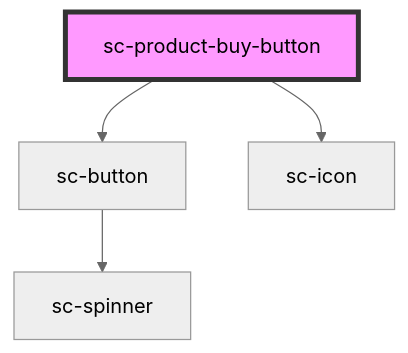
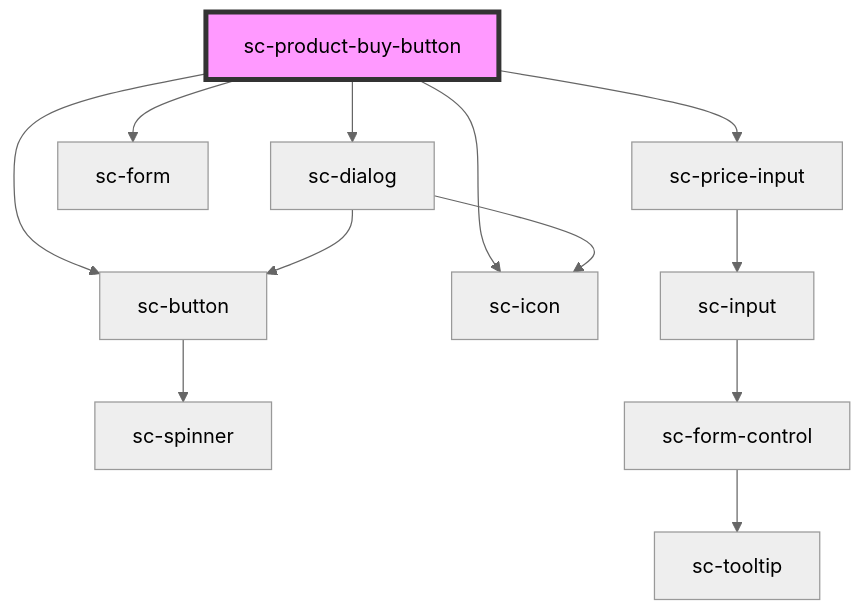
The diagram in packages/components/src/components/controllers/product/sc-product-buy-button/readme.md (surecart/surecart-wp-plugin), drawn with Mermaid (neutral theme) before and after one commit. The commit also changed other lines of this file and 40 other files, not shown here.

Commit message:
Buy button changes.

````diff
--- a/packages/components/src/components/controllers/product/sc-product-buy-button/readme.md
+++ b/packages/components/src/components/controllers/product/sc-product-buy-button/readme.md
@@ -30,7 +33,15 @@
 ```mermaid
 graph TD;
   sc-product-buy-button --> sc-button
   sc-product-buy-button --> sc-icon
+  sc-product-buy-button --> sc-dialog
+  sc-product-buy-button --> sc-form
+  sc-product-buy-button --> sc-price-input
   sc-button --> sc-spinner
+  sc-dialog --> sc-button
+  sc-dialog --> sc-icon
+  sc-price-input --> sc-input
+  sc-input --> sc-form-control
+  sc-form-control --> sc-tooltip
   style sc-product-buy-button fill:#f9f,stroke:#333,stroke-width:4px
 ```
````
